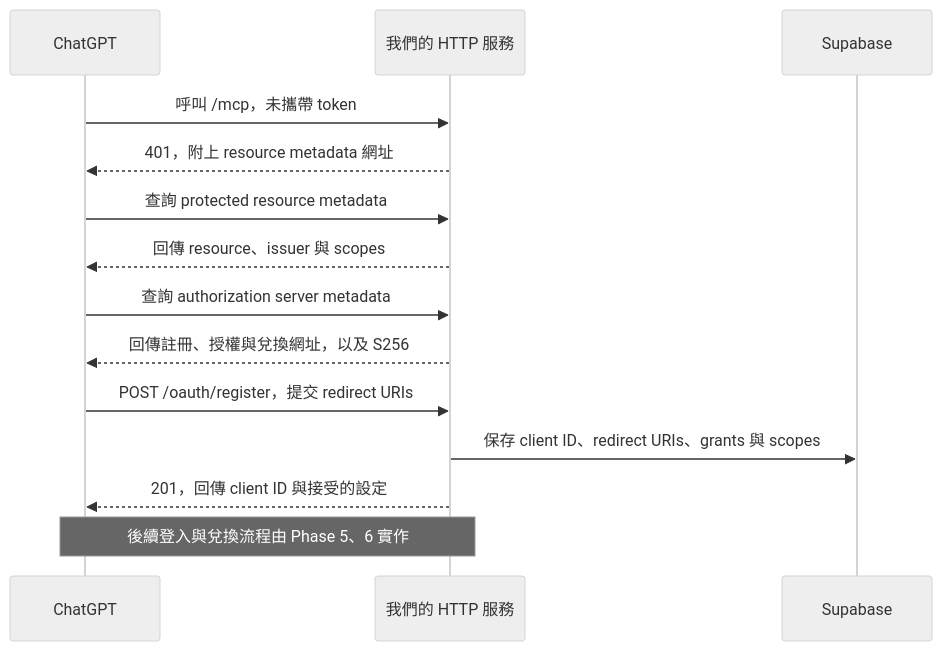
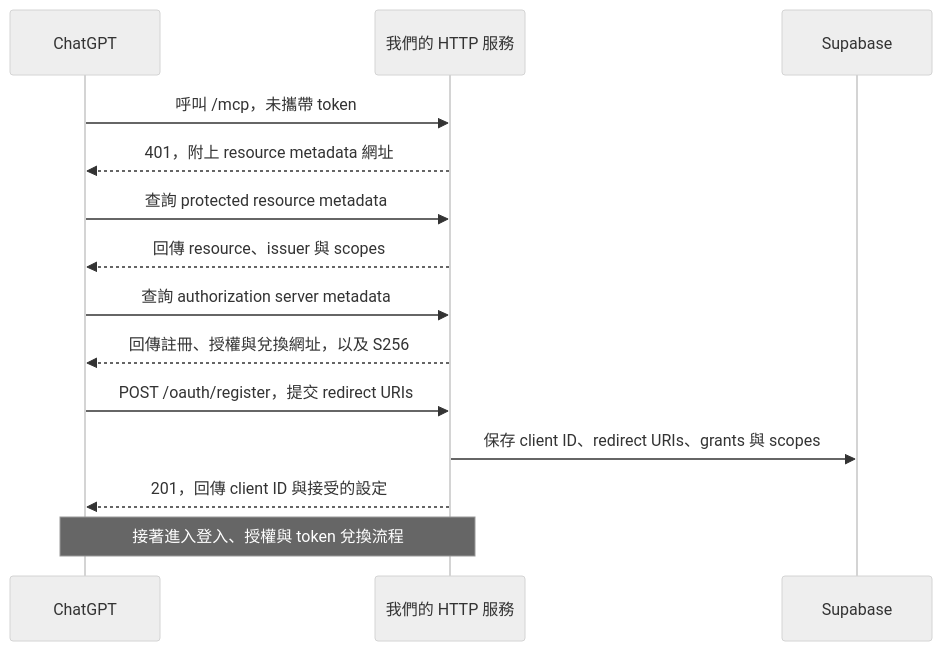
Before and after one commit to Oceankj/second_brain: the diagram in docs/oauth-discovery.md, drawn with Mermaid (neutral theme). The commit also changed other lines of this file and 27 other files, not shown here.

Commit message:
Complete OAuth authorization flow and secure HTTP MCP tools

````diff
--- a/docs/oauth-discovery.md
+++ b/docs/oauth-discovery.md
@@ -7,16 +7,16 @@
 ```mermaid
 sequenceDiagram
     participant Client as ChatGPT
     participant Server as 我們的 HTTP 服務
     participant DB as Supabase
     Client->>Server: 呼叫 /mcp，未攜帶 token
     Server-->>Client: 401，附上 resource metadata 網址
     Client->>Server: 查詢 protected resource metadata
     Server-->>Client: 回傳 resource、issuer 與 scopes
     Client->>Server: 查詢 authorization server metadata
     Server-->>Client: 回傳註冊、授權與兌換網址，以及 S256
     Client->>Server: POST /oauth/register，提交 redirect URIs
     Server->>DB: 保存 client ID、redirect URIs、grants 與 scopes
     Server-->>Client: 201，回傳 client ID 與接受的設定
-    Note over Client,Server: 後續登入與兌換流程由 Phase 5、6 實作
+    Note over Client,Server: 接著進入登入、授權與 token 兌換流程
 ```
````
